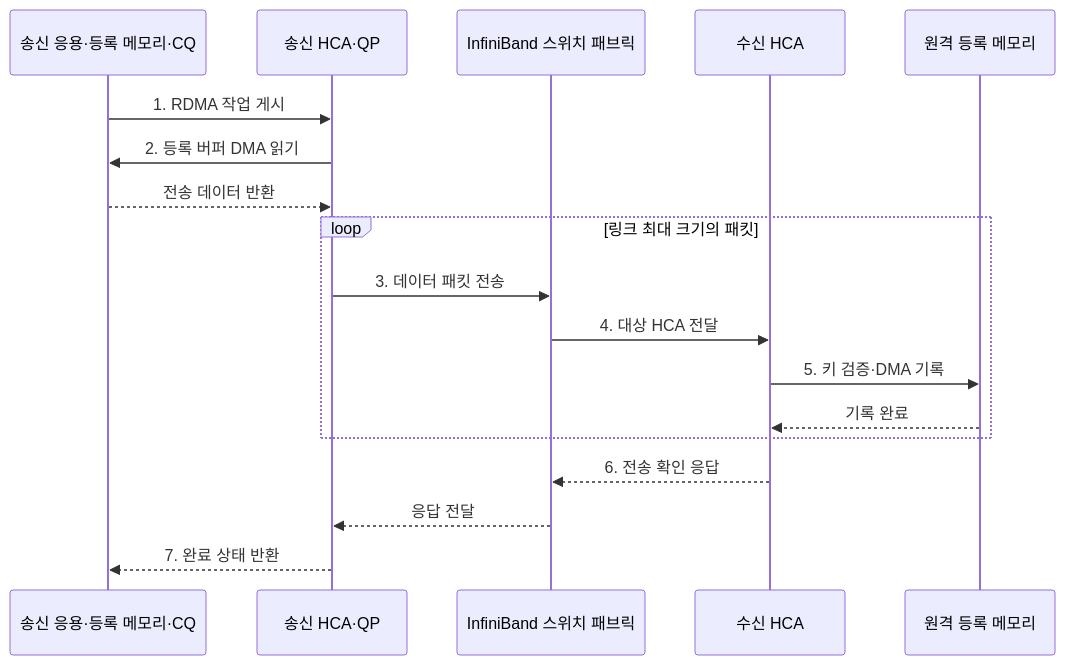
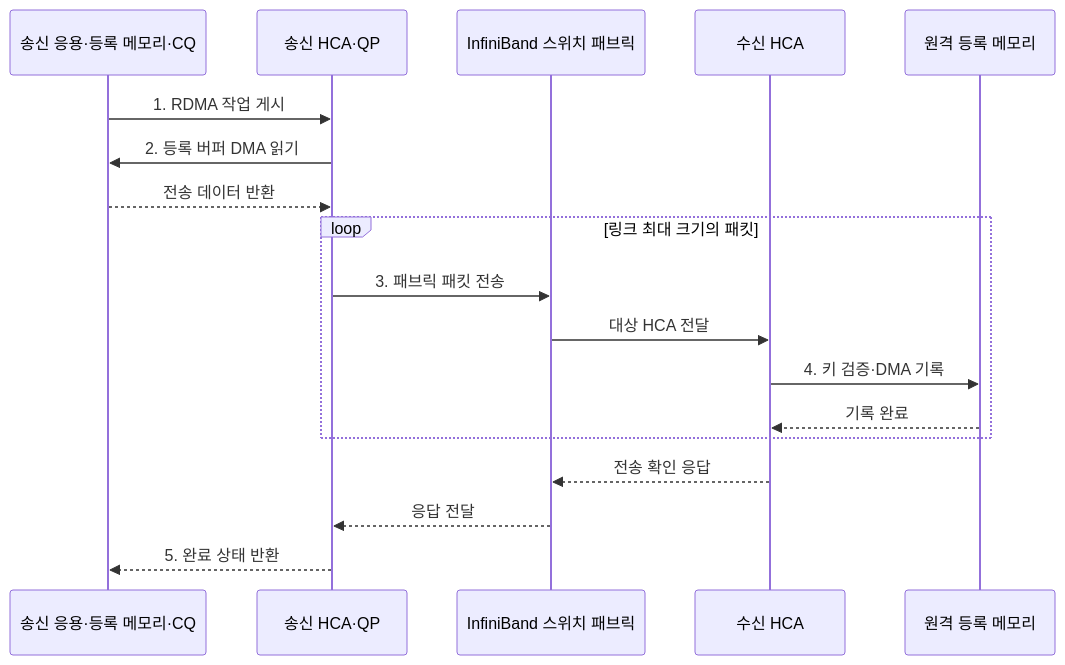
One commit to agnusdei1207/knowledge-base changed the second of 2 diagrams in src/content/docs/notes/02-hardware/048_infiniband.md. Above: the diagram before and after it, drawn with Mermaid. The commit also changed other lines of this file and 86 other files, not shown here.

````diff
--- a/src/content/docs/notes/02-hardware/048_infiniband.md
+++ b/src/content/docs/notes/02-hardware/048_infiniband.md
@@ -87,21 +87,21 @@
 ```mermaid
 sequenceDiagram
     participant A as 송신 응용·등록 메모리·CQ
     participant HS as 송신 HCA·QP
     participant F as InfiniBand 스위치 패브릭
     participant HR as 수신 HCA
     participant MR as 원격 등록 메모리
 
     A->>HS: 1. RDMA 작업 게시
     HS->>A: 2. 등록 버퍼 DMA 읽기
     A-->>HS: 전송 데이터 반환
     loop 링크 최대 크기의 패킷
-        HS->>F: 3. 데이터 패킷 전송
-        F->>HR: 4. 대상 HCA 전달
-        HR->>MR: 5. 키 검증·DMA 기록
+        HS->>F: 3. 패브릭 패킷 전송
+        F->>HR: 대상 HCA 전달
+        HR->>MR: 4. 키 검증·DMA 기록
         MR-->>HR: 기록 완료
     end
-    HR-->>F: 6. 전송 확인 응답
+    HR-->>F: 전송 확인 응답
     F-->>HS: 응답 전달
-    HS-->>A: 7. 완료 상태 반환
+    HS-->>A: 5. 완료 상태 반환
 ```
````
